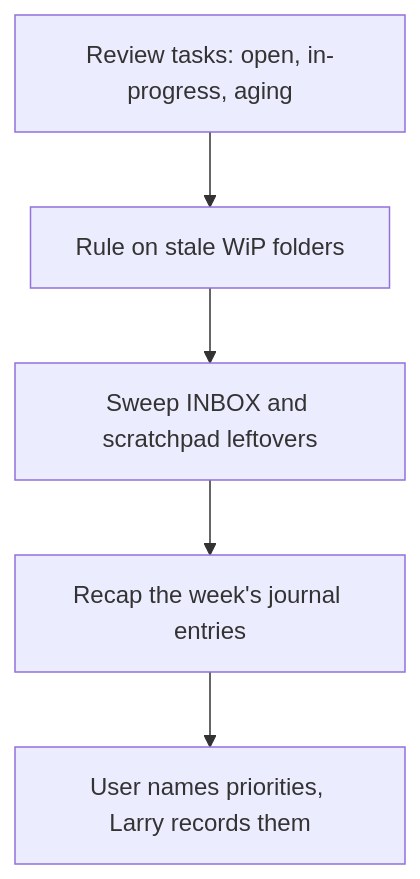
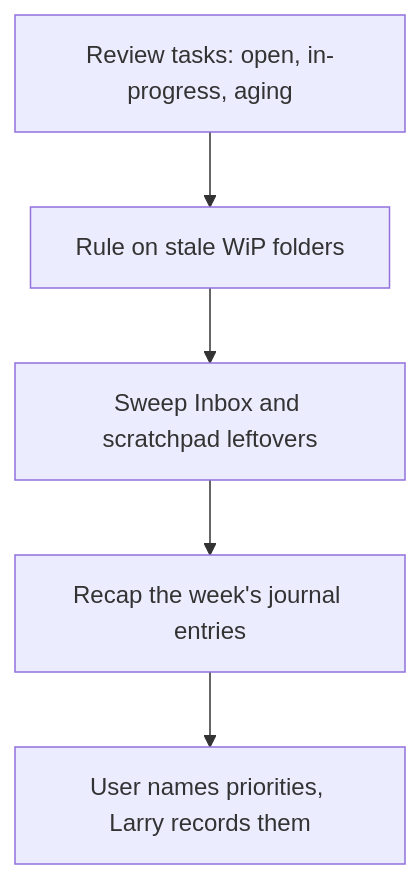
One commit to TomSolid/icor-for-life-scaffold changed the diagram in 06 AI Team/AI Team Knowledge/Workstreams/WS-002-weekly-review.md. Above: the diagram before and after it, drawn with Mermaid. The commit also changed other lines of this file and 26 other files, not shown here.

````diff
--- a/06 AI Team/AI Team Knowledge/Workstreams/WS-002-weekly-review.md
+++ b/06 AI Team/AI Team Knowledge/Workstreams/WS-002-weekly-review.md
@@ -15,7 +15,7 @@
 ```mermaid
 flowchart TD
     A["Review tasks: open, in-progress, aging"] --> B["Rule on stale WiP folders"]
-    B --> C["Sweep INBOX and scratchpad leftovers"]
+    B --> C["Sweep Inbox and scratchpad leftovers"]
     C --> D["Recap the week's journal entries"]
     D --> E["User names priorities, Larry records them"]
 ```
````
